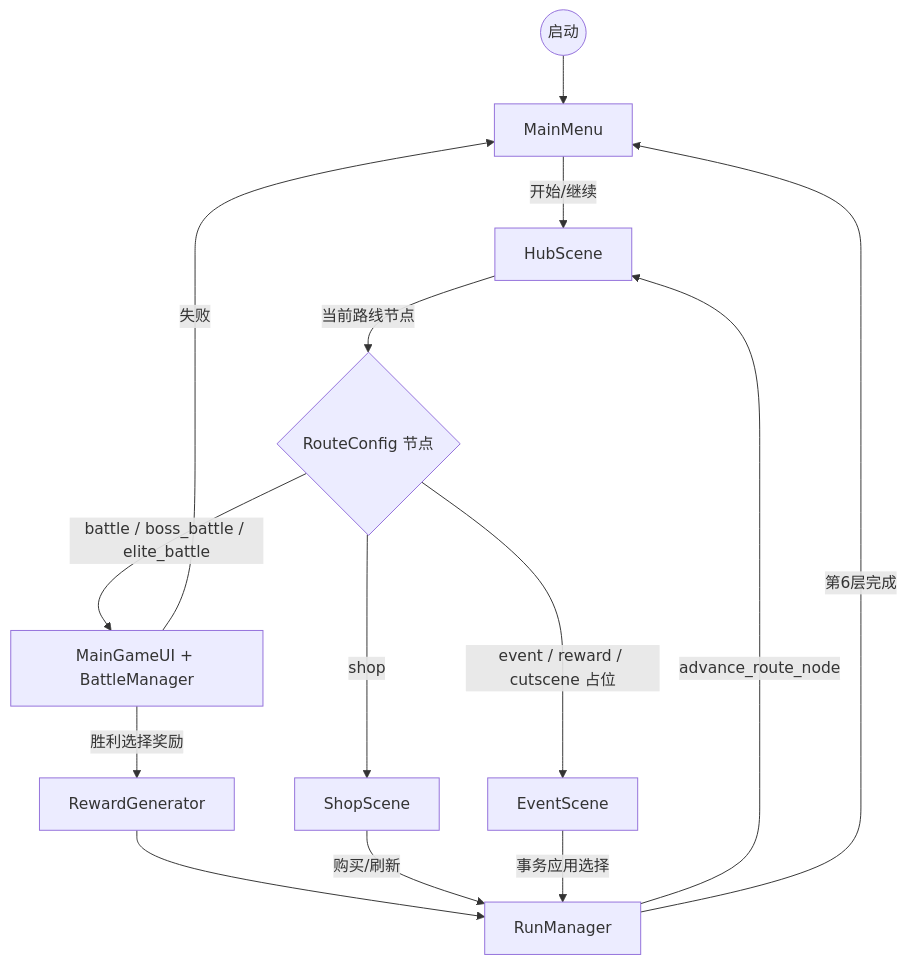
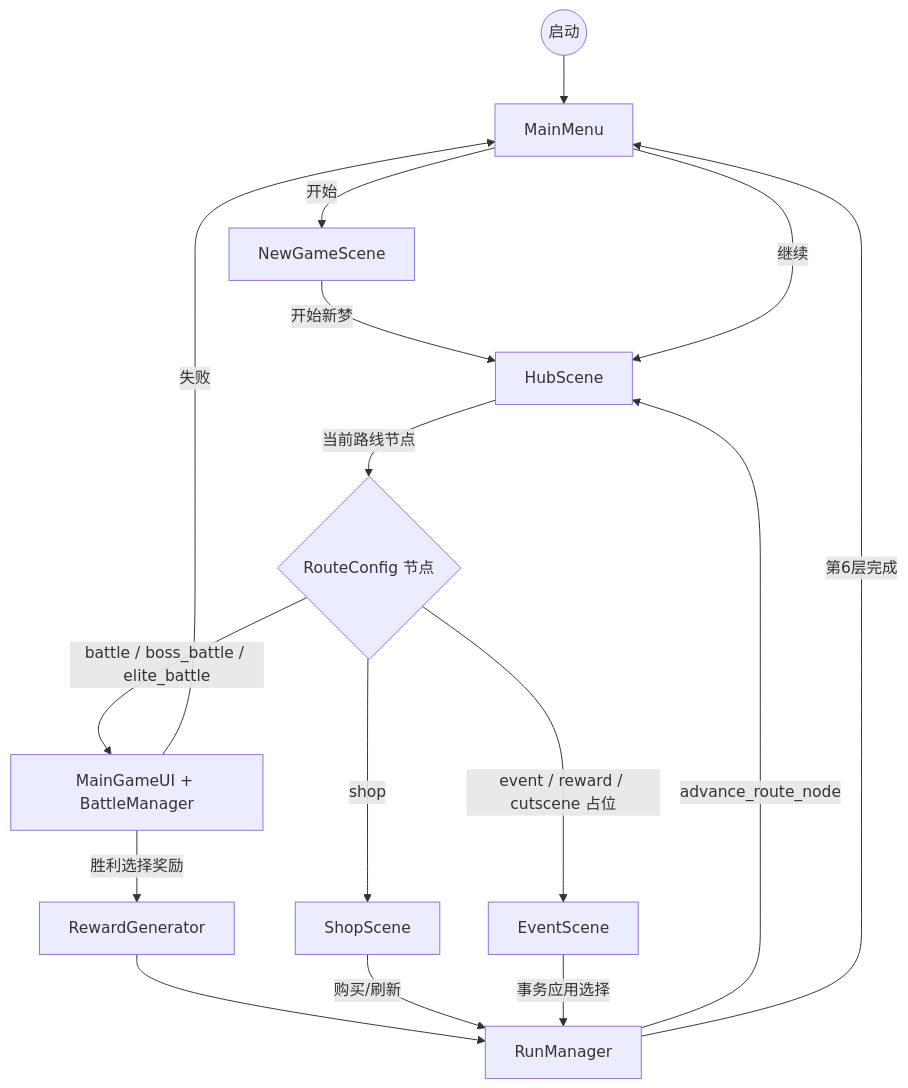
Before and after one commit to xsrkt26/Lost-Fragments: the first of 5 diagrams in spec/Docs/03_Log/02_Architecture_Review_Diagrams.md, drawn with Mermaid. The commit also changed 11 other files, not shown here.

````diff
--- a/spec/Docs/03_Log/02_Architecture_Review_Diagrams.md
+++ b/spec/Docs/03_Log/02_Architecture_Review_Diagrams.md
@@ -7,16 +7,18 @@
 ```mermaid
 graph TD
     START((启动)) --> MENU[MainMenu]
-    MENU -->|开始/继续| HUB[HubScene]
+    MENU -->|开始| NEWGAME[NewGameScene]
+    NEWGAME -->|开始新梦| HUB[HubScene]
+    MENU -->|继续| HUB
     HUB -->|当前路线节点| ROUTE{RouteConfig 节点}
     ROUTE -->|battle / boss_battle / elite_battle| BATTLE[MainGameUI + BattleManager]
     ROUTE -->|shop| SHOP[ShopScene]
     ROUTE -->|event / reward / cutscene 占位| EVENT[EventScene]
     BATTLE -->|胜利选择奖励| REWARD[RewardGenerator]
     REWARD --> RUN[RunManager]
     SHOP -->|购买/刷新| RUN
     EVENT -->|事务应用选择| RUN
     RUN -->|advance_route_node| HUB
     RUN -->|第6层完成| MENU
     BATTLE -->|失败| MENU
 ```
````
